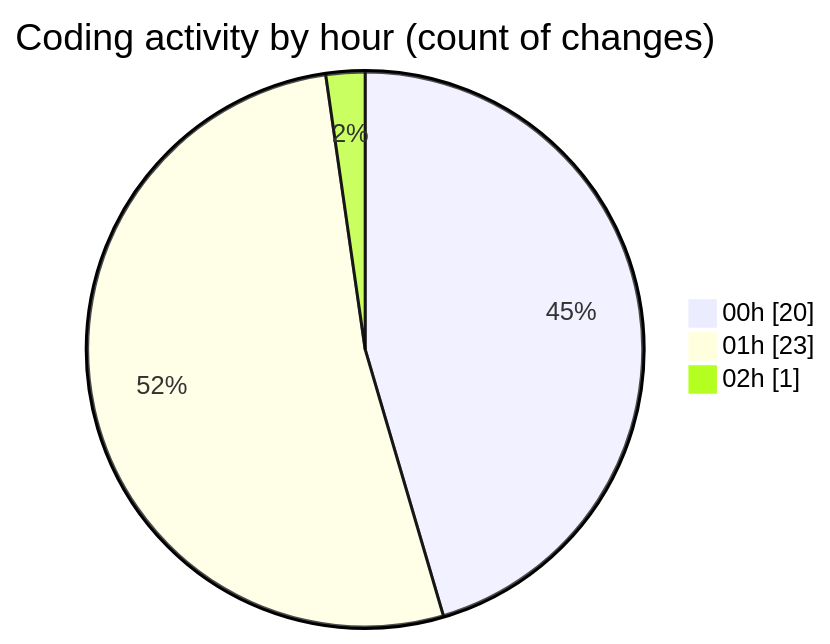
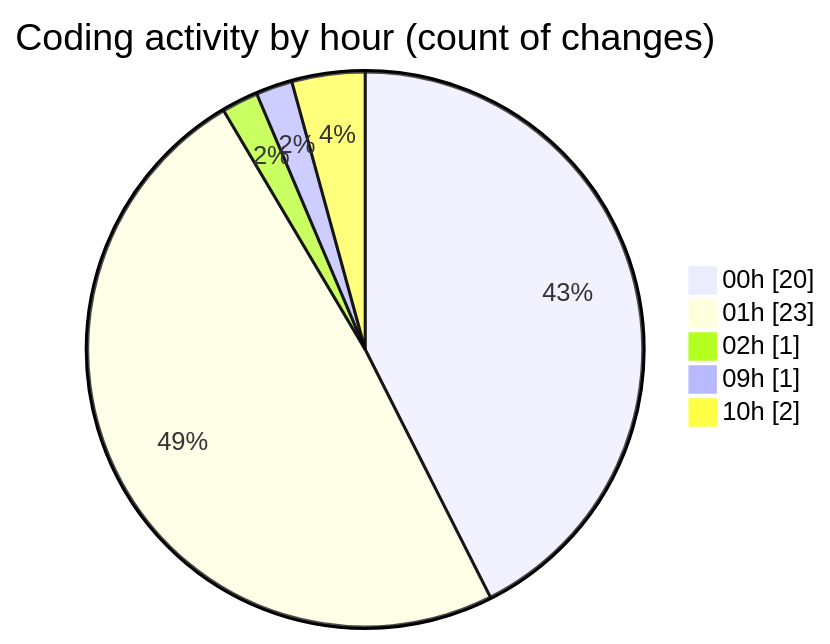
One commit to julien-gomy/code-tracking changed the second of 2 diagrams in 2025-10-16/eventscop-frontend-guide__workspace_/README.md. Above: the diagram before and after it, drawn with Mermaid. The commit also changed other lines of this file and 1 other file, not shown here.

````diff
--- a/2025-10-16/eventscop-frontend-guide__workspace_/README.md
+++ b/2025-10-16/eventscop-frontend-guide__workspace_/README.md
@@ -38,7 +39,9 @@
 ```mermaid
 pie showData
 title Coding activity by hour (count of changes)
 "00h" : 20
 "01h" : 23
 "02h" : 1
+"09h" : 1
+"10h" : 2
 ```
````
